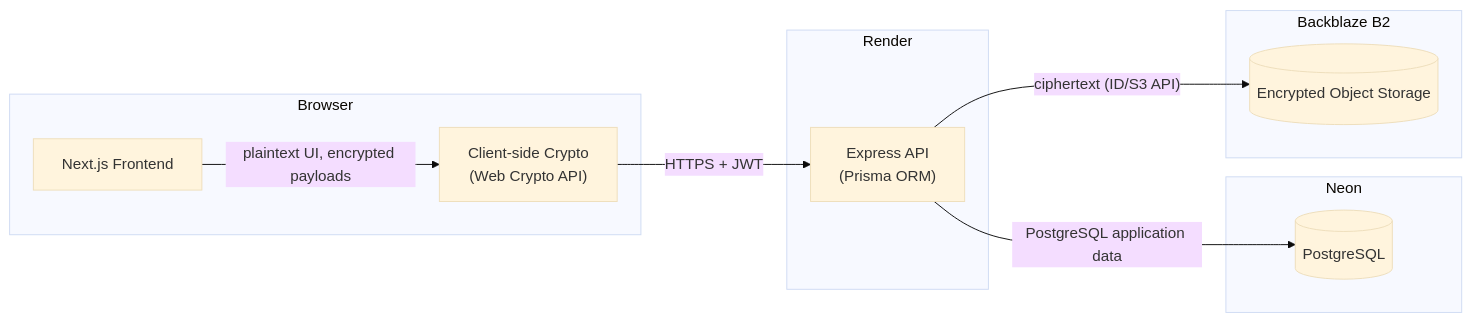
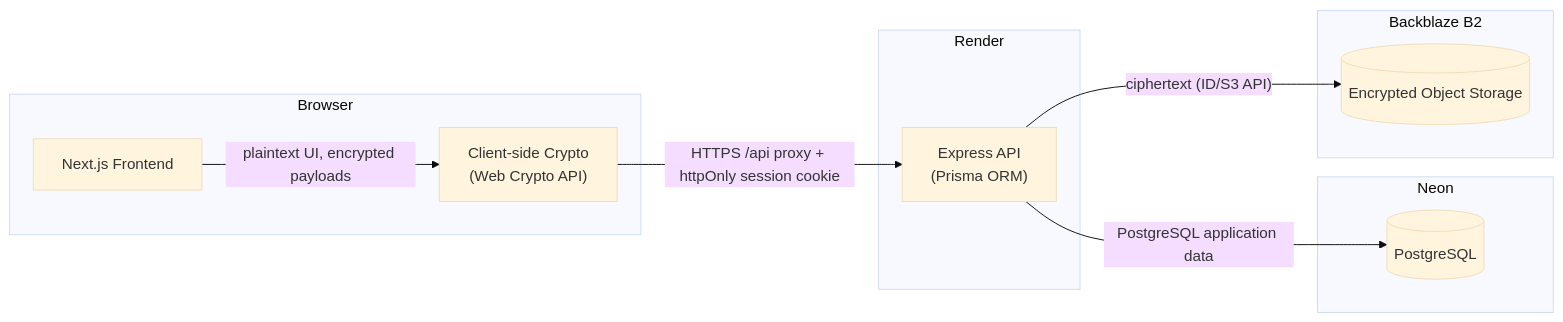
Before and after one commit to Jenoyrex/VaultDrop: the diagram in README.md, drawn with Mermaid (base theme). The commit also changed other lines of this file and 1 other file, not shown here.

First line of the commit message:
docs(readme): make security and session claims match the code

````diff
--- a/README.md
+++ b/README.md
@@ -100,24 +109,24 @@
 ```mermaid
 flowchart LR
     subgraph Browser
         UI["Next.js Frontend"]
         Crypto["Client-side Crypto\n(Web Crypto API)"]
     end
 
     subgraph Render["Render"]
         API["Express API\n(Prisma ORM)"]
     end
 
     subgraph Neon["Neon"]
         DB[("PostgreSQL")]
     end
 
     subgraph B2["Backblaze B2"]
         Storage[("Encrypted Object Storage")]
     end
 
     UI -->|"plaintext UI, encrypted payloads"| Crypto
-    Crypto -->|"HTTPS + JWT"| API
+    Crypto -->|"HTTPS /api proxy + httpOnly session cookie"| API
     API -->|"PostgreSQL application data"| DB
     API -->|"ciphertext (ID/S3 API)"| Storage
 ```
````
